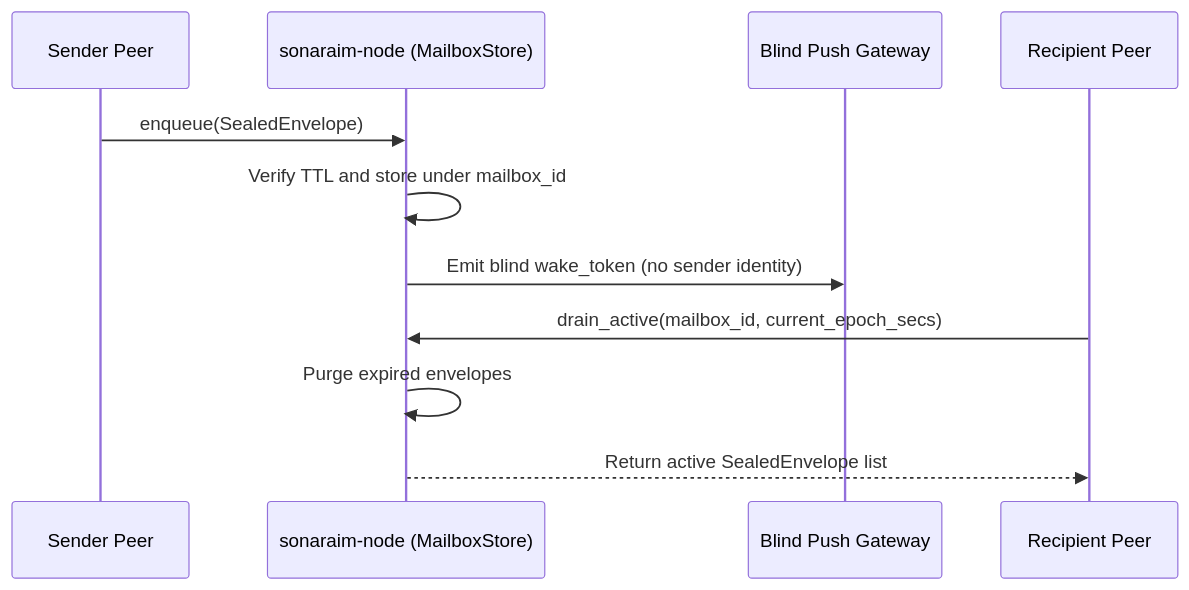
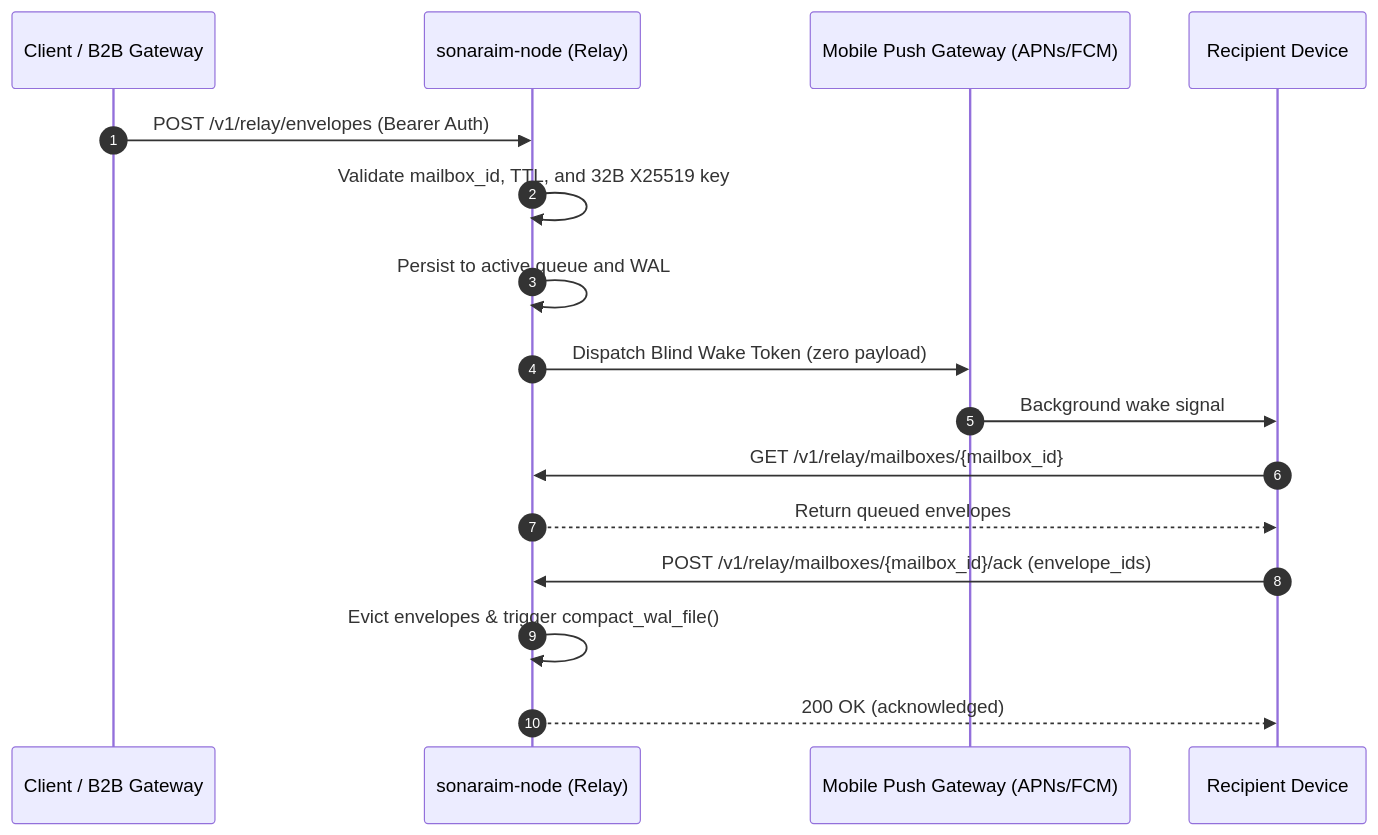
The first of 5 diagrams in docs/DIAGRAMS.md (alfonsodg/sonaraim-node), drawn with Mermaid before and after one commit. The commit also changed other lines of this file and 8 other files, not shown here.

````diff
--- a/docs/DIAGRAMS.md
+++ b/docs/DIAGRAMS.md
@@ -18,14 +9,19 @@
 ```mermaid
 sequenceDiagram
-    participant S as Sender Peer
-    participant N as sonaraim-node (MailboxStore)
-    participant P as Blind Push Gateway
-    participant R as Recipient Peer
+    autonumber
+    participant Sender as Client / B2B Gateway
+    participant Node as sonaraim-node (Relay)
+    participant Push as Mobile Push Gateway (APNs/FCM)
+    participant Recipient as Recipient Device
 
-    S->>N: enqueue(SealedEnvelope)
-    N->>N: Verify TTL and store under mailbox_id
-    N->>P: Emit blind wake_token (no sender identity)
-    R->>N: drain_active(mailbox_id, current_epoch_secs)
-    N->>N: Purge expired envelopes
-    N-->>R: Return active SealedEnvelope list
+    Sender->>Node: POST /v1/relay/envelopes (Bearer Auth)
+    Node->>Node: Validate mailbox_id, TTL, and 32B X25519 key
+    Node->>Node: Persist to active queue and WAL
+    Node->>Push: Dispatch Blind Wake Token (zero payload)
+    Push->>Recipient: Background wake signal
+    Recipient->>Node: GET /v1/relay/mailboxes/{mailbox_id}
+    Node-->>Recipient: Return queued envelopes
+    Recipient->>Node: POST /v1/relay/mailboxes/{mailbox_id}/ack (envelope_ids)
+    Node->>Node: Evict envelopes & trigger compact_wal_file()
+    Node-->>Recipient: 200 OK (acknowledged)
 ```
````
